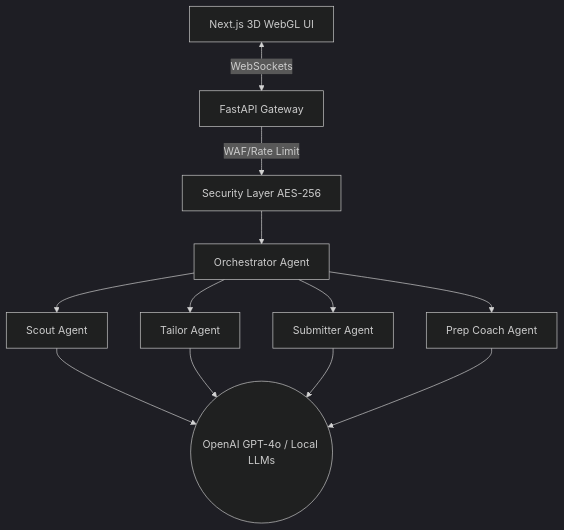
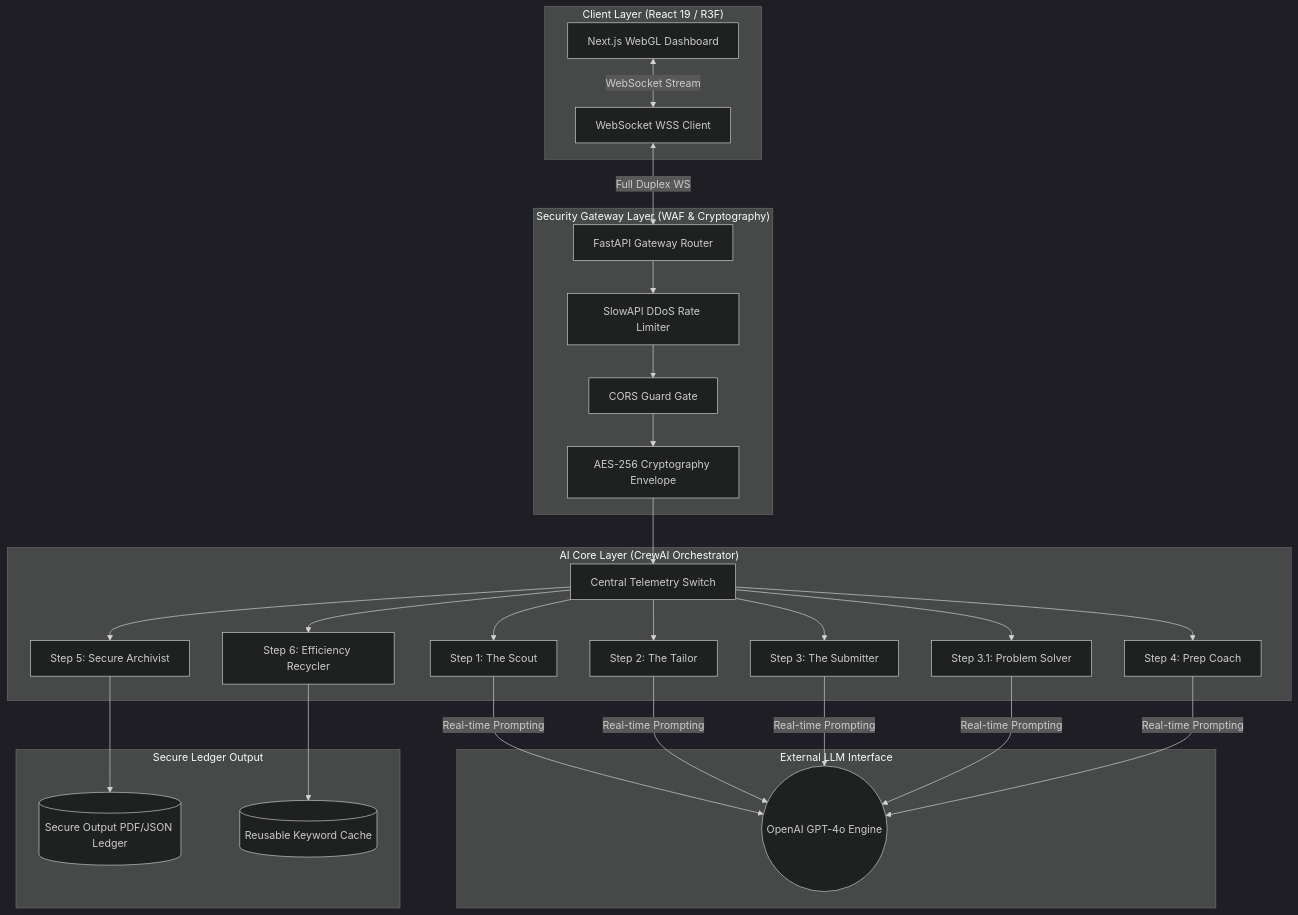
Before and after one commit to luckyramguguloth/MultiAI_Prep_Agents: the diagram in README.es.md, drawn with Mermaid (dark theme). The commit also changed other lines of this file and 2 other files, not shown here.

Commit message:
updated with full info

````diff
--- a/README.es.md
+++ b/README.es.md
@@ -34,13 +34,58 @@
 ```mermaid
 graph TD
-    UI[Next.js 3D WebGL UI] <-->|WebSockets| API[FastAPI Gateway]
-    API -->|WAF/Rate Limit| SEC[Security Layer AES-256]
-    SEC --> ORCH[Orchestrator Agent]
+    subgraph client_layer ["Client Layer (React 19 / R3F)"]
+        UI["Next.js WebGL Dashboard"]
+        WS_CLIENT["WebSocket WSS Client"]
+    end
+
+    subgraph security_layer ["Security Gateway Layer (WAF & Cryptography)"]
+        API["FastAPI Gateway Router"]
+        LIMIT["SlowAPI DDoS Rate Limiter"]
+        CORS["CORS Guard Gate"]
+        SEC["AES-256 Cryptography Envelope"]
+    end
+
+    subgraph ai_core ["AI Core Layer (CrewAI Orchestrator)"]
+        ORCH["Central Telemetry Switch"]
+        A1["Step 1: The Scout"]
+        A2["Step 2: The Tailor"]
+        A3["Step 3: The Submitter"]
+        A3_1["Step 3.1: Problem Solver"]
+        A4["Step 4: Prep Coach"]
+        A5["Step 5: Secure Archivist"]
+        A6["Step 6: Efficiency Recycler"]
+    end
+
+    subgraph ext_llm ["External LLM Interface"]
+        LLM(("OpenAI GPT-4o Engine"))
+    end
+
+    subgraph secure_ledger ["Secure Ledger Output"]
+        FILE[("Secure Output PDF/JSON Ledger")]
+        CACHE[("Reusable Keyword Cache")]
+    end
+
+    UI <-->|WebSocket Stream| WS_CLIENT
+    WS_CLIENT <-->|Full Duplex WS| API
+    API --> LIMIT
+    LIMIT --> CORS
+    CORS --> SEC
+    SEC --> ORCH
     
-    ORCH --> A1[Scout Agent]
-    ORCH --> A2[Tailor Agent]
-    ORCH --> A3[Submitter Agent]
-    ORCH --> A4[Prep Coach Agent]
-    
-    A1 & A2 & A3 & A4 --> LLM((OpenAI GPT-4o / Local LLMs))
+    ORCH --> A1
+    ORCH --> A2
+    ORCH --> A3
+    ORCH --> A3_1
+    ORCH --> A4
+    ORCH --> A5
+    ORCH --> A6
+
+    A1 -->|Real-time Prompting| LLM
+    A2 -->|Real-time Prompting| LLM
+    A3 -->|Real-time Prompting| LLM
+    A3_1 -->|Real-time Prompting| LLM
+    A4 -->|Real-time Prompting| LLM
+
+    A5 --> FILE
+    A6 --> CACHE
 ```
````
